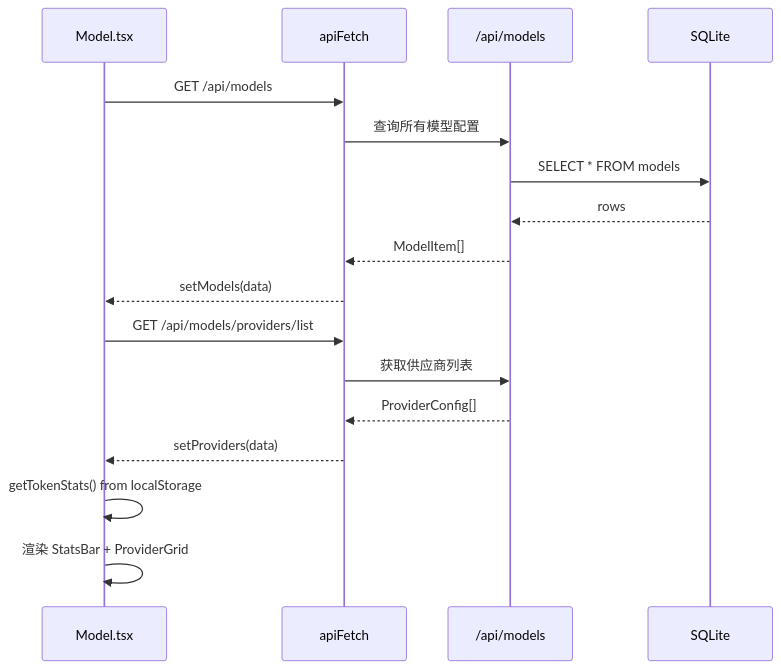
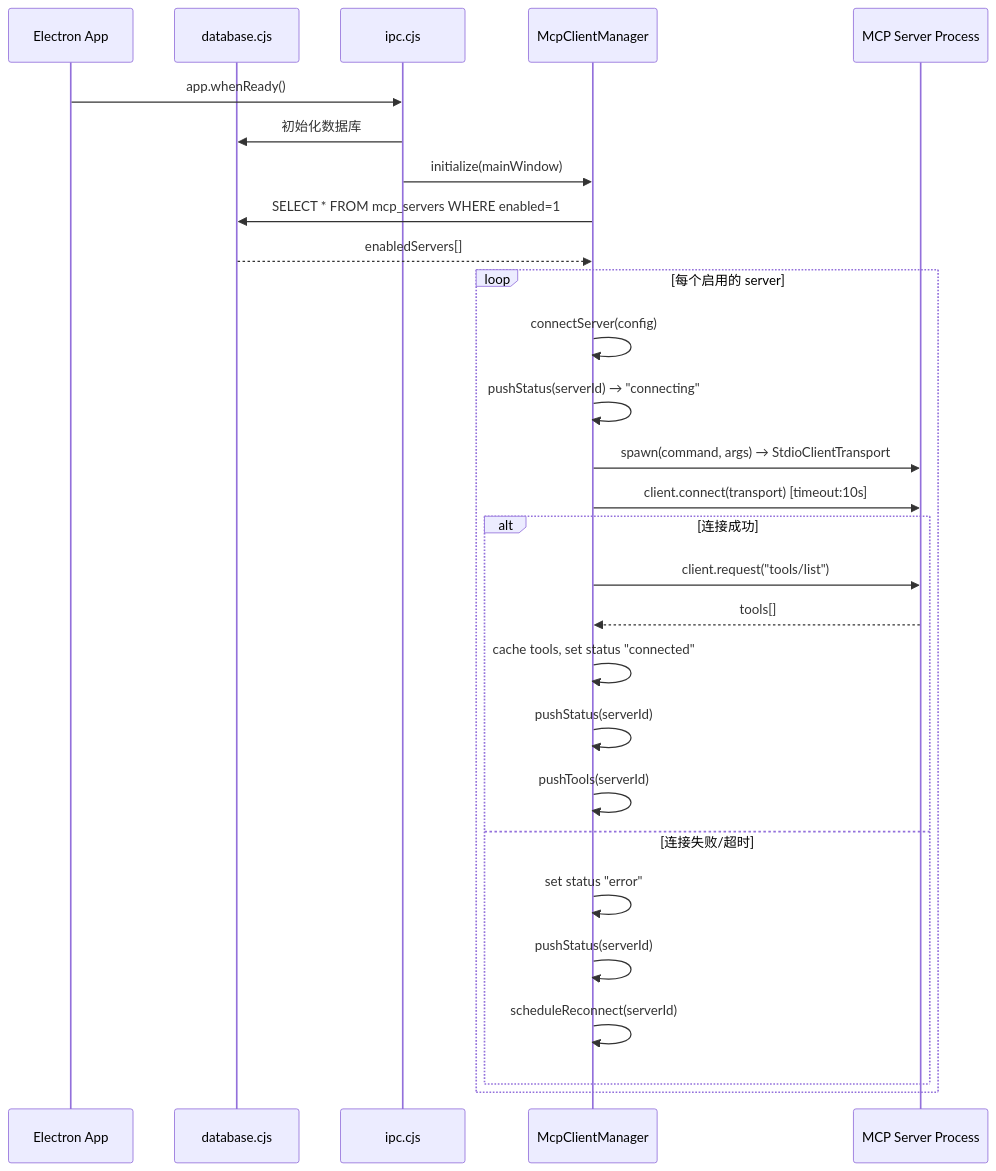
One commit to eafenzhang/workit changed the second of 6 diagrams in docs/system_design.md. Above: the diagram before and after it, drawn with Mermaid. The commit also changed other lines of this file and 21 other files, not shown here.

````diff
--- a/docs/system_design.md
+++ b/docs/system_design.md
@@ -192,22 +183,32 @@
 ```mermaid
 sequenceDiagram
-    participant Page as Model.tsx
-    participant API as apiFetch
-    participant Backend as /api/models
-    participant DB as SQLite
+    participant App as Electron App
+    participant DB as database.cjs
+    participant IPC as ipc.cjs
+    participant MCM as McpClientManager
+    participant MCP as MCP Server Process
 
-    Page->>API: GET /api/models
-    API->>Backend: 查询所有模型配置
-    Backend->>DB: SELECT * FROM models
-    DB-->>Backend: rows
-    Backend-->>API: ModelItem[]
-    API-->>Page: setModels(data)
+    App->>IPC: app.whenReady()
+    IPC->>DB: 初始化数据库
+    IPC->>MCM: initialize(mainWindow)
+    MCM->>DB: SELECT * FROM mcp_servers WHERE enabled=1
+    DB-->>MCM: enabledServers[]
 
-    Page->>API: GET /api/models/providers/list
-    API->>Backend: 获取供应商列表
-    Backend-->>API: ProviderConfig[]
-    API-->>Page: setProviders(data)
-
-    Page->>Page: getTokenStats() from localStorage
-    Page->>Page: 渲染 StatsBar + ProviderGrid
+    loop 每个启用的 server
+        MCM->>MCM: connectServer(config)
+        MCM->>MCM: pushStatus(serverId) → "connecting"
+        MCM->>MCP: spawn(command, args) → StdioClientTransport
+        MCM->>MCP: client.connect(transport) [timeout:10s]
+        alt 连接成功
+            MCM->>MCP: client.request("tools/list")
+            MCP-->>MCM: tools[]
+            MCM->>MCM: cache tools, set status "connected"
+            MCM->>MCM: pushStatus(serverId)
+            MCM->>MCM: pushTools(serverId)
+        else 连接失败/超时
+            MCM->>MCM: set status "error"
+            MCM->>MCM: pushStatus(serverId)
+            MCM->>MCM: scheduleReconnect(serverId)
+        end
+    end
 ```
````
